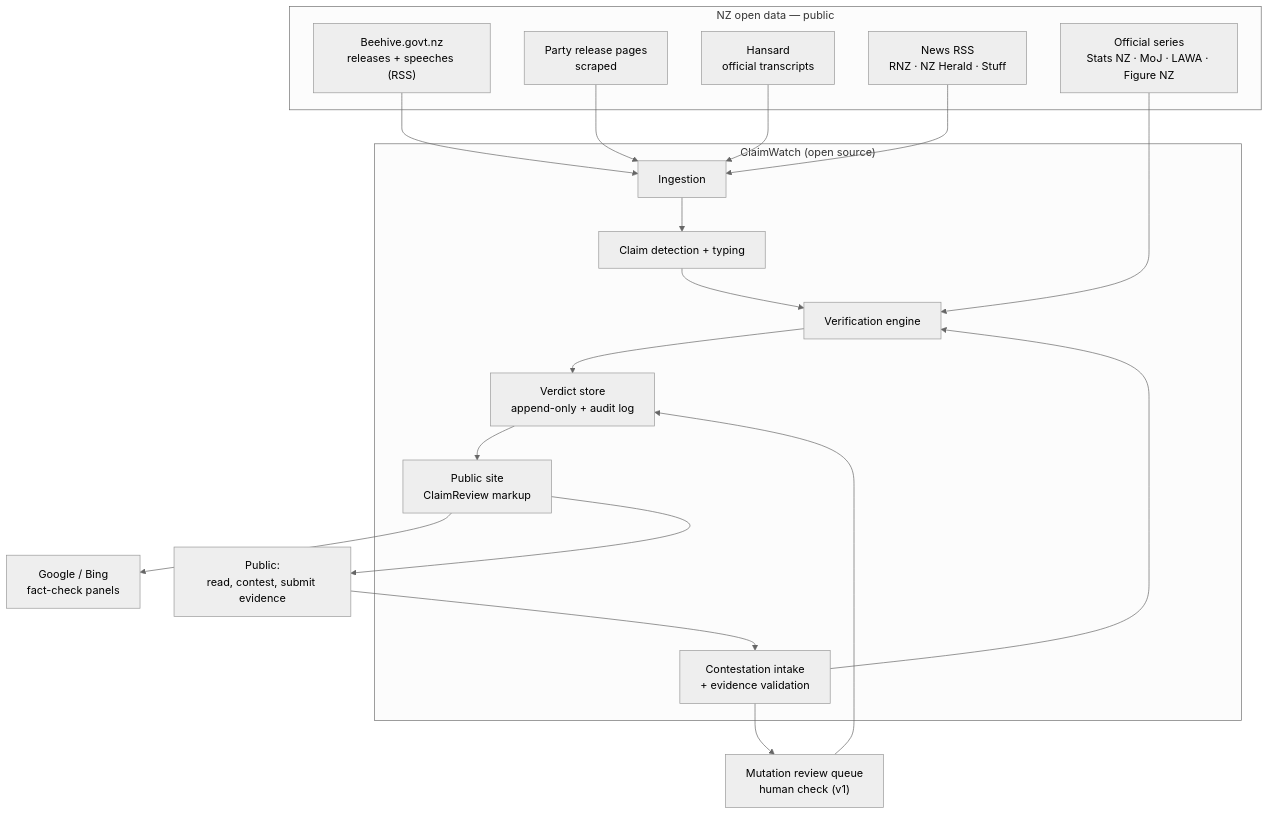
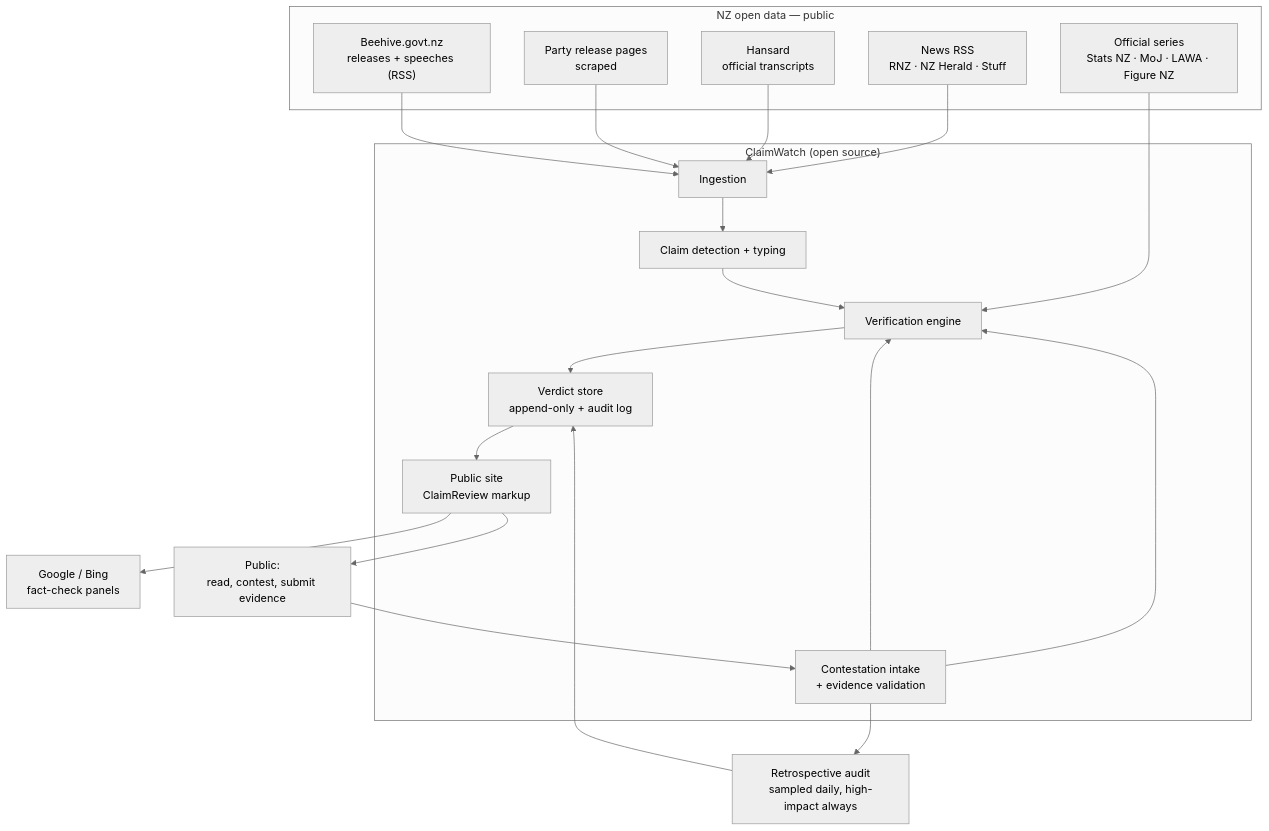
Before and after one commit to bradleyscott/claimwatch-nz: the first of 5 diagrams in docs/ARCHITECTURE.md, drawn with Mermaid (neutral theme). The commit also changed other lines of this file and 8 other files, not shown here.

First line of the commit message:
docs(adr-0013): Drizzle ORM + drizzle-kit for schema and migrations; ADR-0005/ARCHITECTURE/diagrams aligned to automated mutation

````diff
--- a/docs/ARCHITECTURE.md
+++ b/docs/ARCHITECTURE.md
@@ -11,39 +11,40 @@
 ```mermaid
 flowchart TB
     subgraph SOURCES["NZ open data — public"]
         BEEHIVE["Beehive.govt.nz<br/>releases + speeches (RSS)"]
         PARTIES["Party release pages<br/>scraped"]
         HANSARD["Hansard<br/>official transcripts"]
         NEWS["News RSS<br/>RNZ · NZ Herald · Stuff"]
         STATS["Official series<br/>Stats NZ · MoJ · LAWA · Figure NZ"]
     end
 
     subgraph CW["ClaimWatch (open source)"]
         INGEST["Ingestion"]
         TRIAGE["Claim detection + typing"]
         VERIFY["Verification engine"]
         STORE["Verdict store<br/>append-only + audit log"]
         SITE["Public site<br/>ClaimReview markup"]
         CONTEST["Contestation intake<br/>+ evidence validation"]
     end
 
     PUBLIC["Public:<br/>read, contest, submit evidence"]
     SEARCH["Google / Bing<br/>fact-check panels"]
-    stewards["Mutation review queue<br/>human check (v1)"]
+    AUDIT["Retrospective audit<br/>sampled daily, high-impact always"]
 
     BEEHIVE --> INGEST
     PARTIES --> INGEST
     HANSARD --> INGEST
     NEWS --> INGEST
     INGEST --> TRIAGE
     TRIAGE --> VERIFY
     STATS --> VERIFY
     VERIFY --> STORE
     STORE --> SITE
     SITE --> SEARCH
     SITE --> PUBLIC
     PUBLIC --> CONTEST
     CONTEST --> VERIFY
-    CONTEST --> stewards
-    stewards --> STORE
+    CONTEST --> VERIFY
+    CONTEST --> AUDIT
+    AUDIT --> STORE
 ```
````
